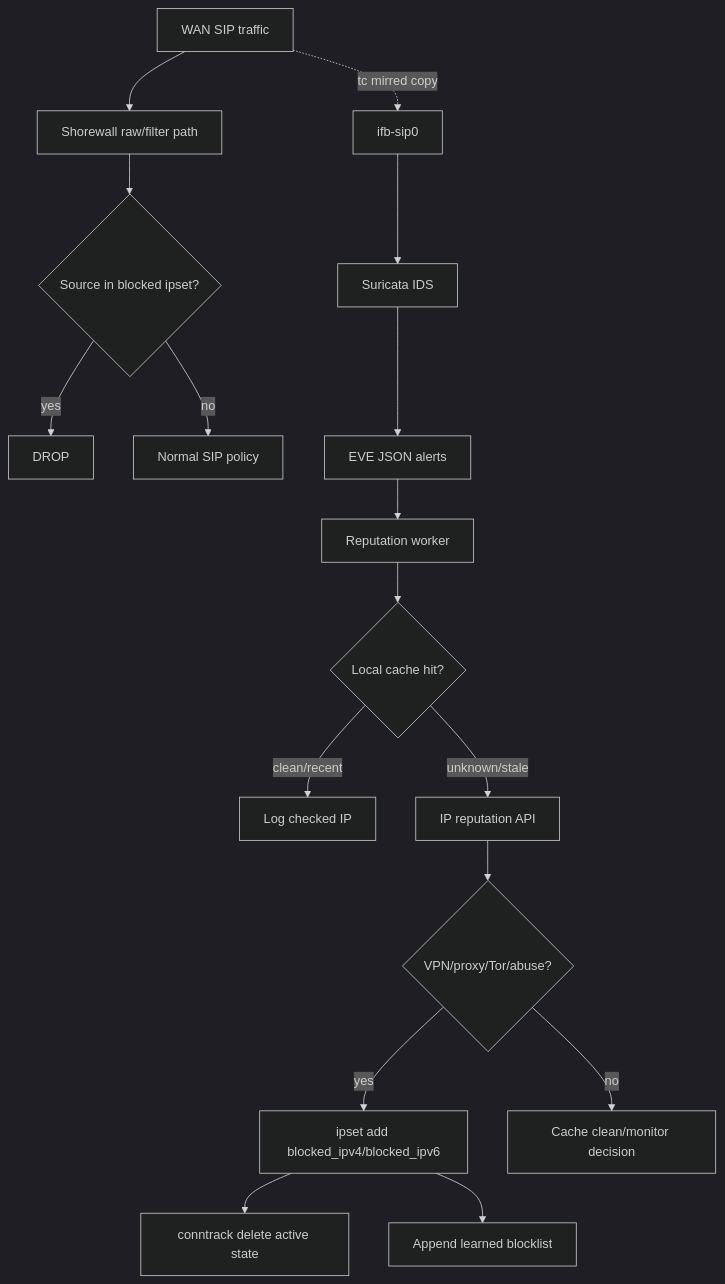
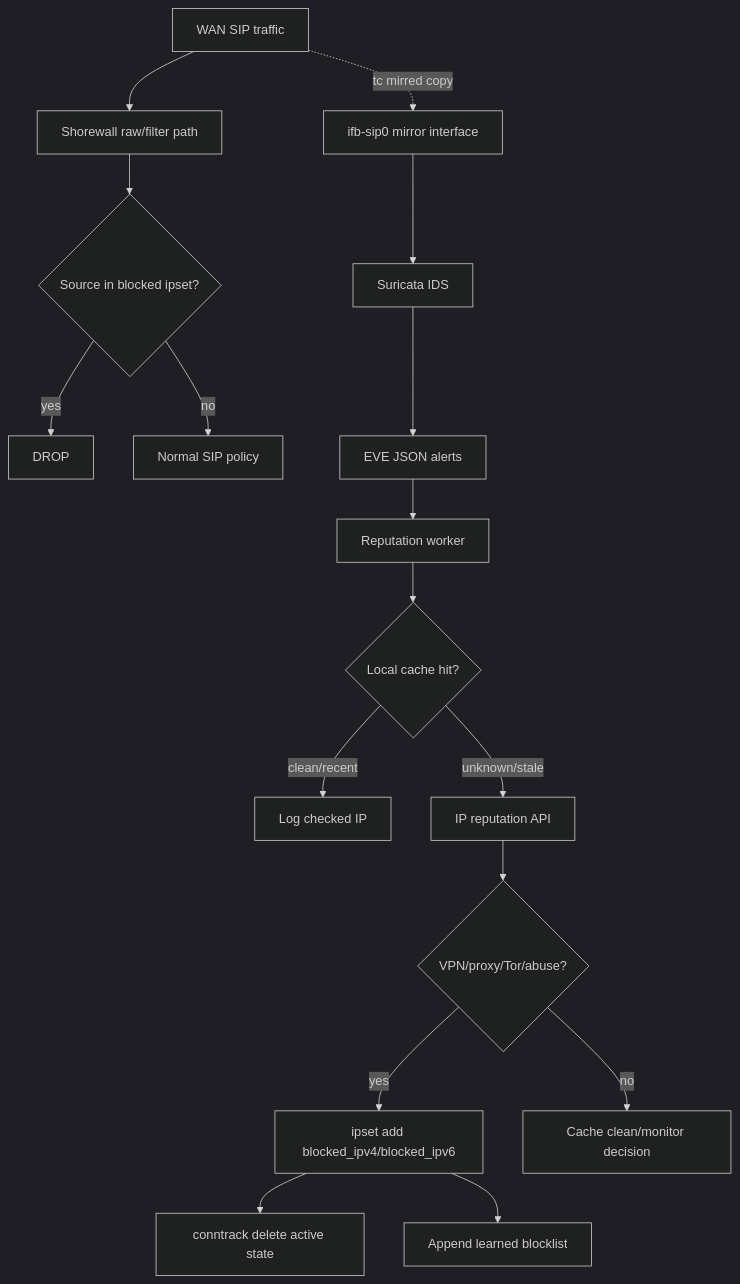
Before and after one commit to volga629-1/geoipsets: the first of 2 diagrams in docs/wiki-sip-reputation-architecture.md, drawn with Mermaid (dark theme). The commit also changed other lines of this file and 5 other files, not shown here.

Commit message:
Support dummy SIP mirror backend

````diff
--- a/docs/wiki-sip-reputation-architecture.md
+++ b/docs/wiki-sip-reputation-architecture.md
@@ -20,20 +20,20 @@
 ```mermaid
 flowchart TD
     A["WAN SIP traffic"] --> B["Shorewall raw/filter path"]
     B --> C{"Source in blocked ipset?"}
     C -->|"yes"| D["DROP"]
     C -->|"no"| E["Normal SIP policy"]
 
-    A -. "tc mirred copy" .-> F["ifb-sip0"]
+    A -. "tc mirred copy" .-> F["ifb-sip0 mirror interface"]
     F --> G["Suricata IDS"]
     G --> H["EVE JSON alerts"]
     H --> I["Reputation worker"]
     I --> J{"Local cache hit?"}
     J -->|"clean/recent"| K["Log checked IP"]
     J -->|"unknown/stale"| L["IP reputation API"]
     L --> M{"VPN/proxy/Tor/abuse?"}
     M -->|"yes"| N["ipset add blocked_ipv4/blocked_ipv6"]
     N --> O["conntrack delete active state"]
     N --> P["Append learned blocklist"]
     M -->|"no"| Q["Cache clean/monitor decision"]
 ```
````
